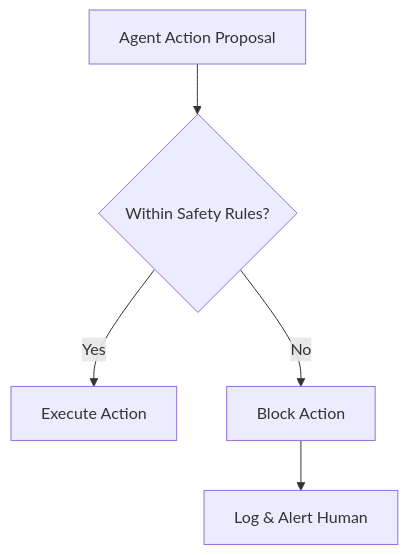
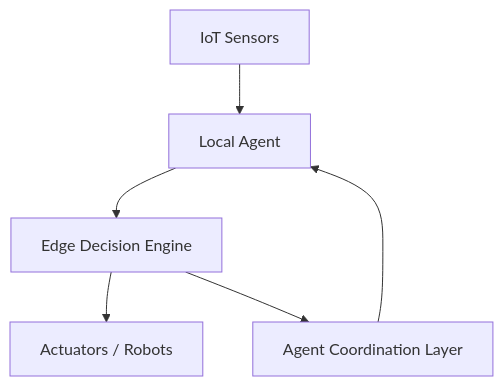
The second of 4 diagrams in docusaurus/docs/part-3/chapter-11.md (m-rizqinovniari/agentic-handbook), drawn with Mermaid before and after one commit. The commit also changed other lines of this file and 19 other files, not shown here.

````diff
--- a/docusaurus/docs/part-3/chapter-11.md
+++ b/docusaurus/docs/part-3/chapter-11.md
@@ -167,7 +108,8 @@
 ```mermaid
-flowchart TD
-    A[Agent Action Proposal] --> B{Within Safety Rules?}
-    B -- Yes --> C[Execute Action]
-    B -- No --> D[Block Action]
-    D --> E[Log & Alert Human]
+graph TD
+    A[IoT Sensors] --> B[Local Agent]
+    B --> C[Edge Decision Engine]
+    C --> D[Actuators / Robots]
+    C --> E[Agent Coordination Layer]
+    E --> B
 ```
````
